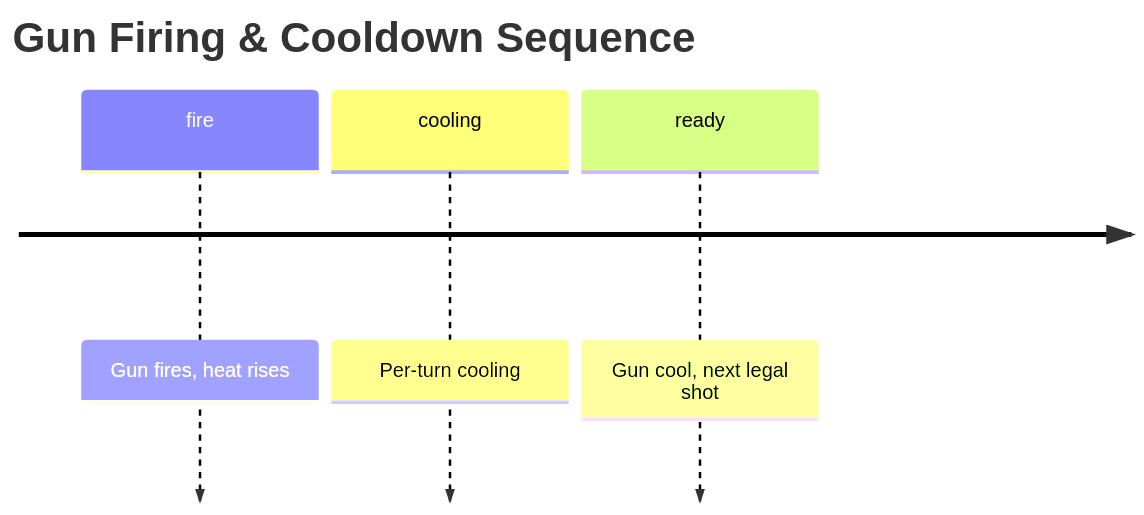
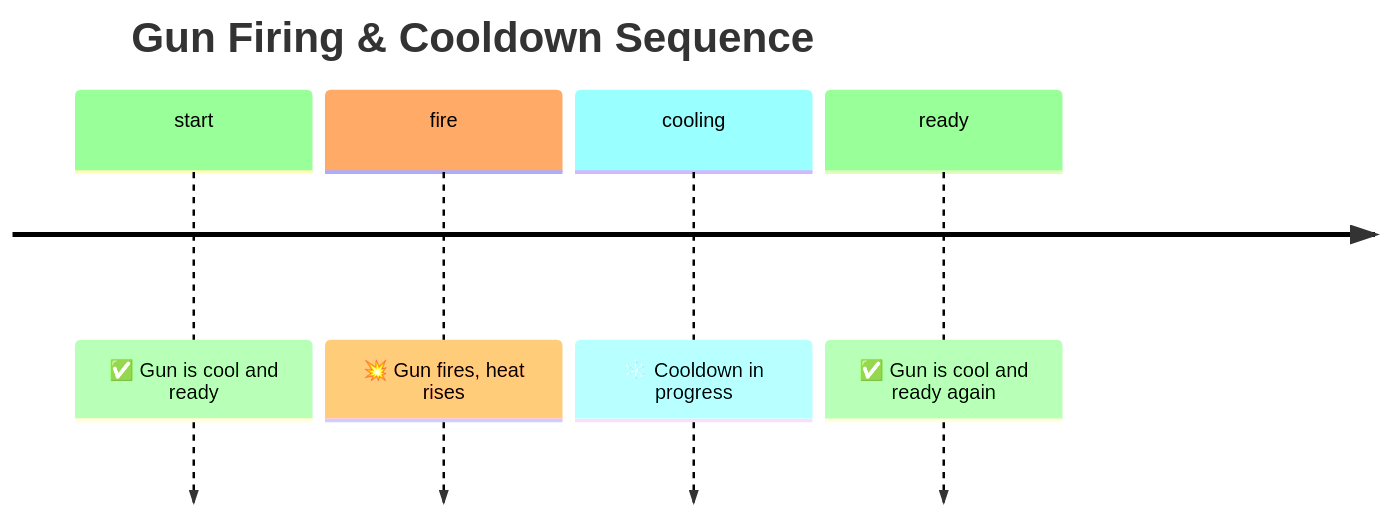
One commit to robocode-dev/book-of-robocode changed the second of 3 diagrams in docs/physics/bullet-physics.md. Above: the diagram before and after it, drawn with Mermaid. The commit also changed other lines of this file, not shown here.

Commit message:
feat: enhance bullet physics documentation with detailed energy management visuals and improved timeline illustrations

````diff
--- a/docs/physics/bullet-physics.md
+++ b/docs/physics/bullet-physics.md
@@ -105,7 +114,22 @@
 ```mermaid
+---
+config:
+  theme: 'neut'
+  themeVariables:
+    cScale0: '#9f9'
+    cScaleLabel0: black
+    cScale1: '#fa6'
+    cScaleLabel1: black
+    cScale2: '#9ff'
+    cScaleLabel2: black
+    cScale3: '#9f9'
+    cScaleLabel3: black
+---
+
 timeline
     title Gun Firing & Cooldown Sequence
-    fire: Gun fires, heat rises
-    cooling: Per-turn cooling
-    ready: Gun cool, next legal shot
+    start: ✅ Gun is cool and ready
+    fire: 💥 Gun fires, heat rises
+    cooling: ❄️ Cooldown in progress
+    ready: ✅ Gun is cool and ready again
 ```
````
